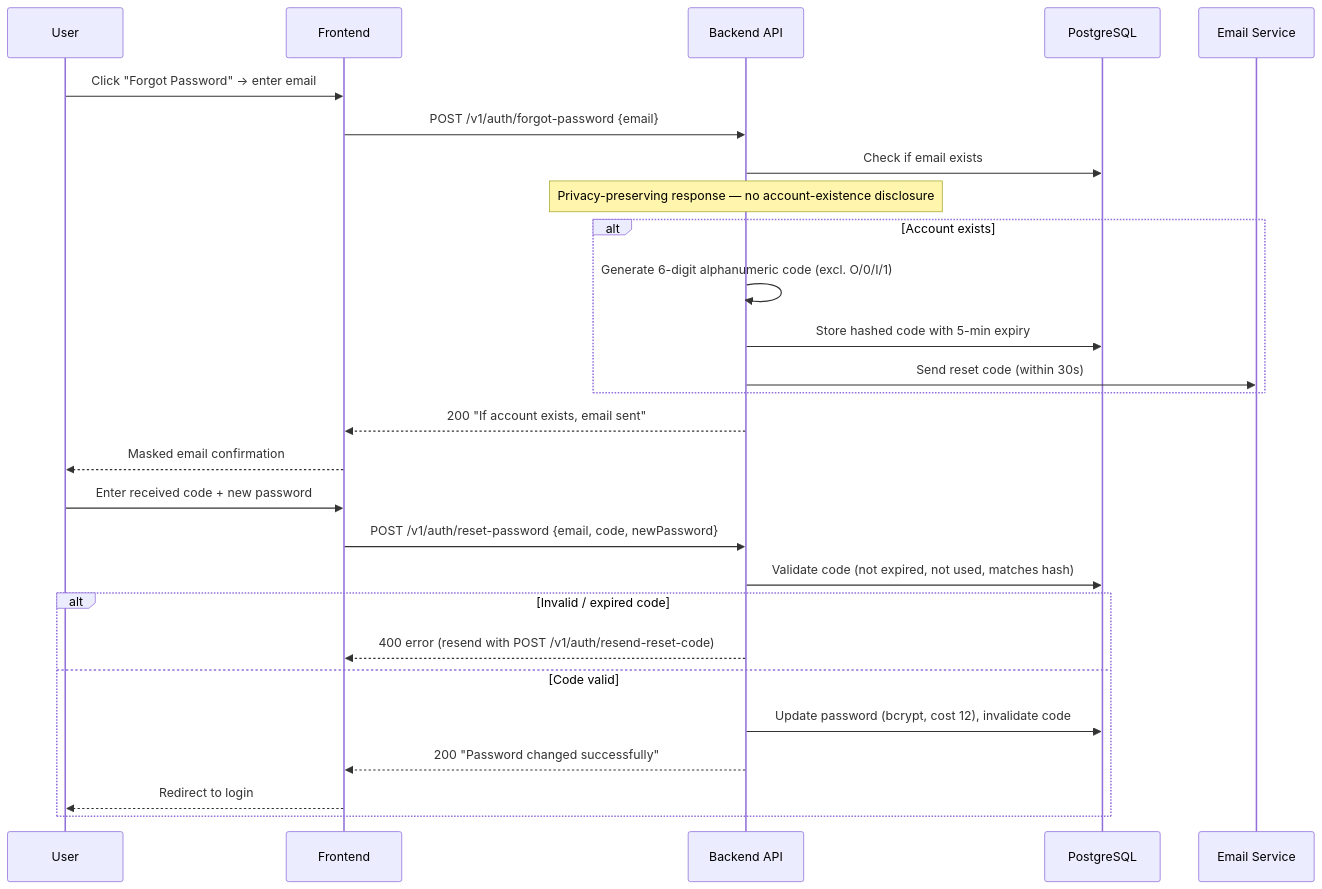
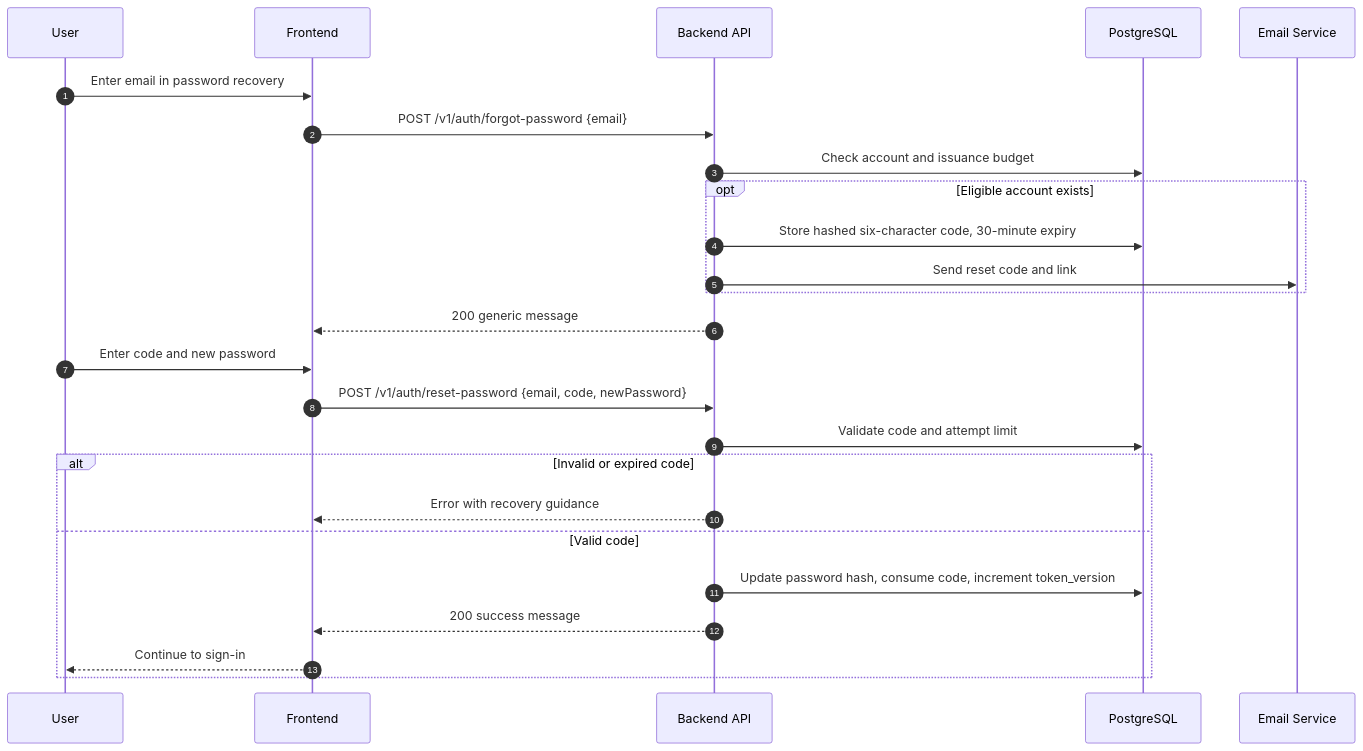
One commit to alonsovndev/open-projects-hub-docs changed the seventh of 13 diagrams in docs/03-architecture/diagrams/sequence-diagrams.md. Above: the diagram before and after it, drawn with Mermaid. The commit also changed other lines of this file and 63 other files, not shown here.

````diff
--- a/docs/03-architecture/diagrams/sequence-diagrams.md
+++ b/docs/03-architecture/diagrams/sequence-diagrams.md
@@ -187,30 +207,28 @@
 ```mermaid
 sequenceDiagram
+    autonumber
     participant User
     participant FE as Frontend
     participant BE as Backend API
     participant DB as PostgreSQL
     participant Email as Email Service
 
-    User->>FE: Click "Forgot Password" → enter email
+    User->>FE: Enter email in password recovery
     FE->>BE: POST /v1/auth/forgot-password {email}
-    BE->>DB: Check if email exists
-    Note over BE: Privacy-preserving response — no account-existence disclosure
-    alt Account exists
-        BE->>BE: Generate 6-digit alphanumeric code (excl. O/0/I/1)
-        BE->>DB: Store hashed code with 5-min expiry
-        BE->>Email: Send reset code (within 30s)
+    BE->>DB: Check account and issuance budget
+    opt Eligible account exists
+        BE->>DB: Store hashed six-character code, 30-minute expiry
+        BE->>Email: Send reset code and link
     end
-    BE-->>FE: 200 "If account exists, email sent"
-    FE-->>User: Masked email confirmation
-    User->>FE: Enter received code + new password
+    BE-->>FE: 200 generic message
+    User->>FE: Enter code and new password
     FE->>BE: POST /v1/auth/reset-password {email, code, newPassword}
-    BE->>DB: Validate code (not expired, not used, matches hash)
-    alt Invalid / expired code
-        BE-->>FE: 400 error (resend with POST /v1/auth/resend-reset-code)
-    else Code valid
-        BE->>DB: Update password (bcrypt, cost 12), invalidate code
-        BE-->>FE: 200 "Password changed successfully"
-        FE-->>User: Redirect to login
+    BE->>DB: Validate code and attempt limit
+    alt Invalid or expired code
+        BE-->>FE: Error with recovery guidance
+    else Valid code
+        BE->>DB: Update password hash, consume code, increment token_version
+        BE-->>FE: 200 success message
+        FE-->>User: Continue to sign-in
     end
 ```
````
